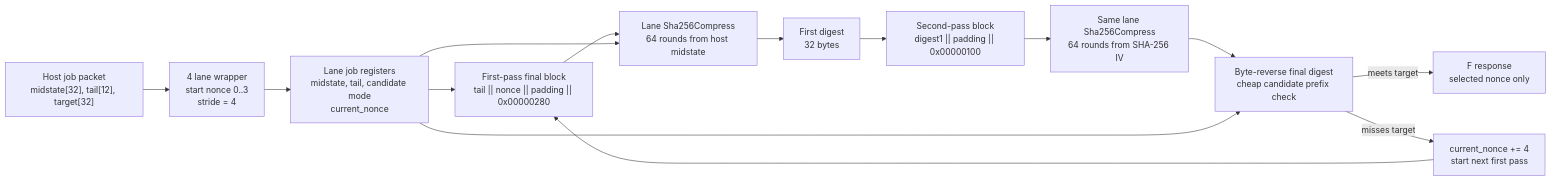
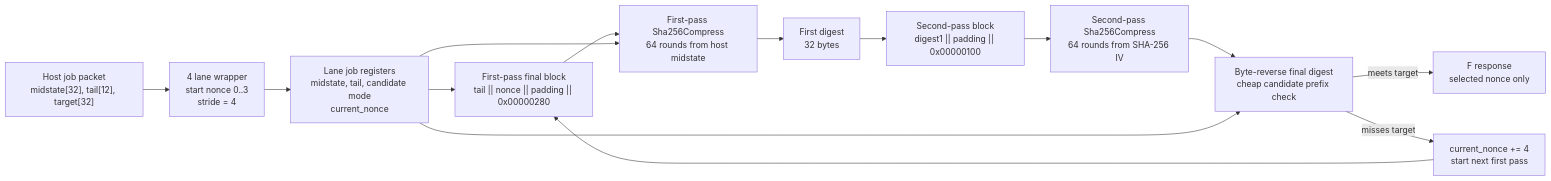
Before and after one commit to Distortions81/TangMiner: the first of 4 diagrams in docs/compression-circuitry.md, drawn with Mermaid. The commit also changed other lines of this file and 14 other files, not shown here.

````diff
--- a/docs/compression-circuitry.md
+++ b/docs/compression-circuitry.md
@@ -14,28 +14,28 @@
 ```mermaid
 flowchart LR
     host["Host job packet<br/>midstate[32], tail[12], target[32]"]
     lanes["4 lane wrapper<br/>start nonce 0..3<br/>stride = 4"]
     regs["Lane job registers<br/>midstate, tail, candidate mode<br/>current_nonce"]
     first_block["First-pass final block<br/>tail || nonce || padding || 0x00000280"]
-    comp1["Lane Sha256Compress<br/>64 rounds from host midstate"]
+    comp1["First-pass Sha256Compress<br/>64 rounds from host midstate"]
     digest1["First digest<br/>32 bytes"]
     second_block["Second-pass block<br/>digest1 || padding || 0x00000100"]
-    comp2["Same lane Sha256Compress<br/>64 rounds from SHA-256 IV"]
+    comp2["Second-pass Sha256Compress<br/>64 rounds from SHA-256 IV"]
     compare["Byte-reverse final digest<br/>cheap candidate prefix check"]
     found["F response<br/>selected nonce only"]
     next["current_nonce += 4<br/>start next first pass"]
 
     host --> lanes
     lanes --> regs
     regs --> first_block
     first_block --> comp1
     regs --> comp1
     comp1 --> digest1
     digest1 --> second_block
     second_block --> comp2
     comp2 --> compare
     regs --> compare
     compare -->|meets target| found
     compare -->|misses target| next
     next --> first_block
 ```
````
